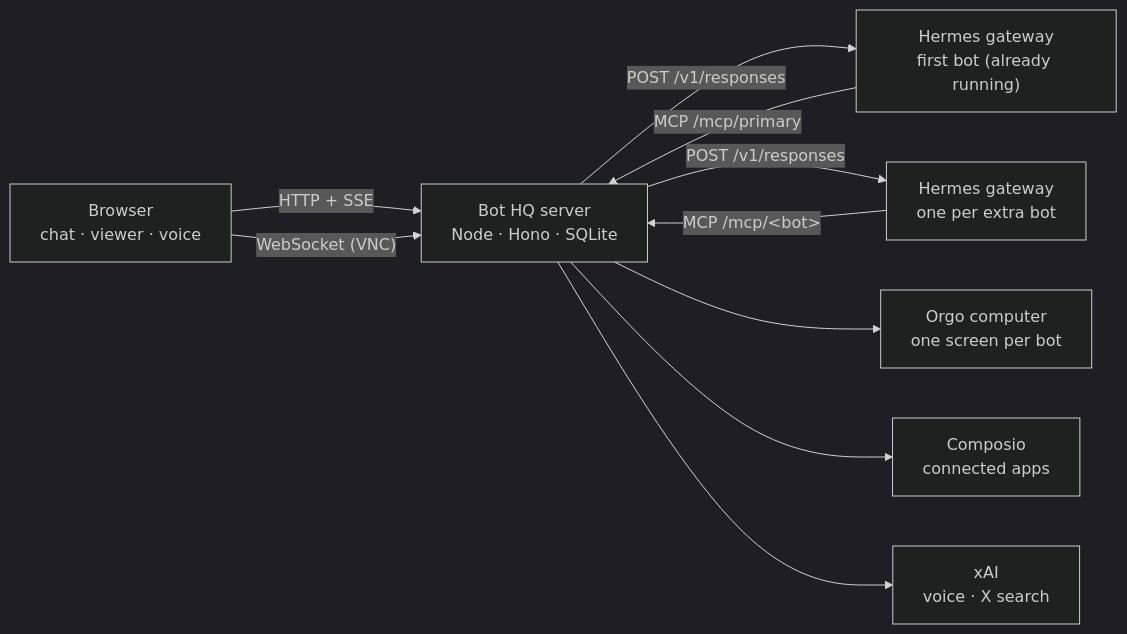
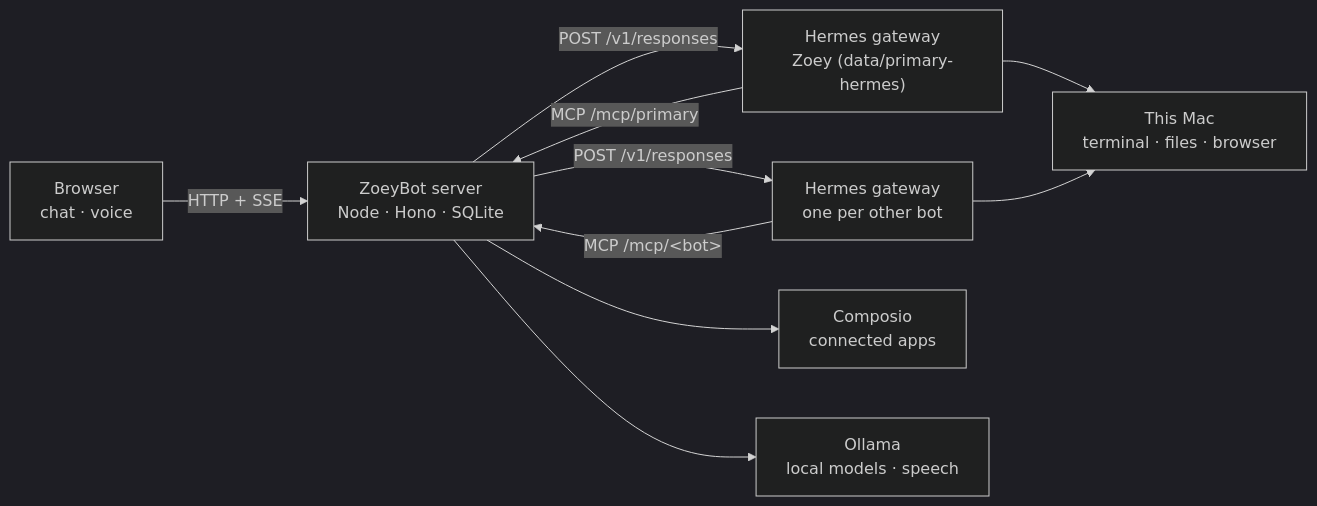
The diagram in README.md (TheBigHound/ZoeyBot), drawn with Mermaid (dark theme) before and after one commit. The commit also changed other lines of this file and 58 other files, not shown here.

First line of the commit message:
Rename project to ZoeyBot

````diff
--- a/README.md
+++ b/README.md
@@ -66,12 +50,11 @@
 ```mermaid
 flowchart LR
-  B["Browser<br/>chat · viewer · voice"] -- "HTTP + SSE" --> S["Bot HQ server<br/>Node · Hono · SQLite"]
-  B -- "WebSocket (VNC)" --> S
-  S -- "POST /v1/responses" --> H1["Hermes gateway<br/>first bot (already running)"]
-  S -- "POST /v1/responses" --> H2["Hermes gateway<br/>one per extra bot"]
+  B["Browser<br/>chat · voice"] -- "HTTP + SSE" --> S["ZoeyBot server<br/>Node · Hono · SQLite"]
+  S -- "POST /v1/responses" --> H1["Hermes gateway<br/>Zoey (data/primary-hermes)"]
+  S -- "POST /v1/responses" --> H2["Hermes gateway<br/>one per other bot"]
   H1 -- "MCP /mcp/primary" --> S
   H2 -- "MCP /mcp/&lt;bot&gt;" --> S
-  S --> O["Orgo computer<br/>one screen per bot"]
+  H1 & H2 --> M["This Mac<br/>terminal · files · browser"]
   S --> C["Composio<br/>connected apps"]
-  S --> X["xAI<br/>voice · X search"]
+  S --> O["Ollama<br/>local models · speech"]
 ```
````
